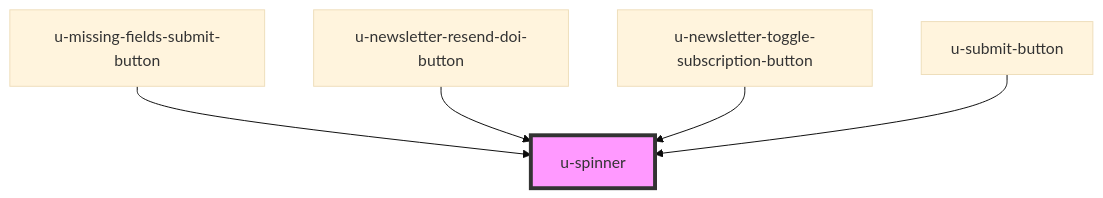
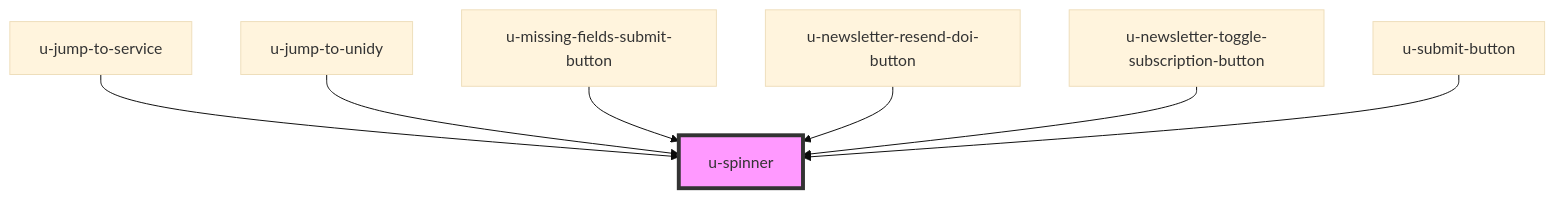
One commit to UnidyID/unidy-sdk changed the diagram in packages/sdk/src/shared/components/spinner/readme.md. Above: the diagram before and after it, drawn with Mermaid (base theme). The commit also changed other lines of this file and 3 other files, not shown here.

````diff
--- a/packages/sdk/src/shared/components/spinner/readme.md
+++ b/packages/sdk/src/shared/components/spinner/readme.md
@@ -105,8 +107,10 @@
 ```mermaid
 graph TD;
+  u-jump-to-service --> u-spinner
+  u-jump-to-unidy --> u-spinner
   u-missing-fields-submit-button --> u-spinner
   u-newsletter-resend-doi-button --> u-spinner
   u-newsletter-toggle-subscription-button --> u-spinner
   u-submit-button --> u-spinner
   style u-spinner fill:#f9f,stroke:#333,stroke-width:4px
 ```
````
